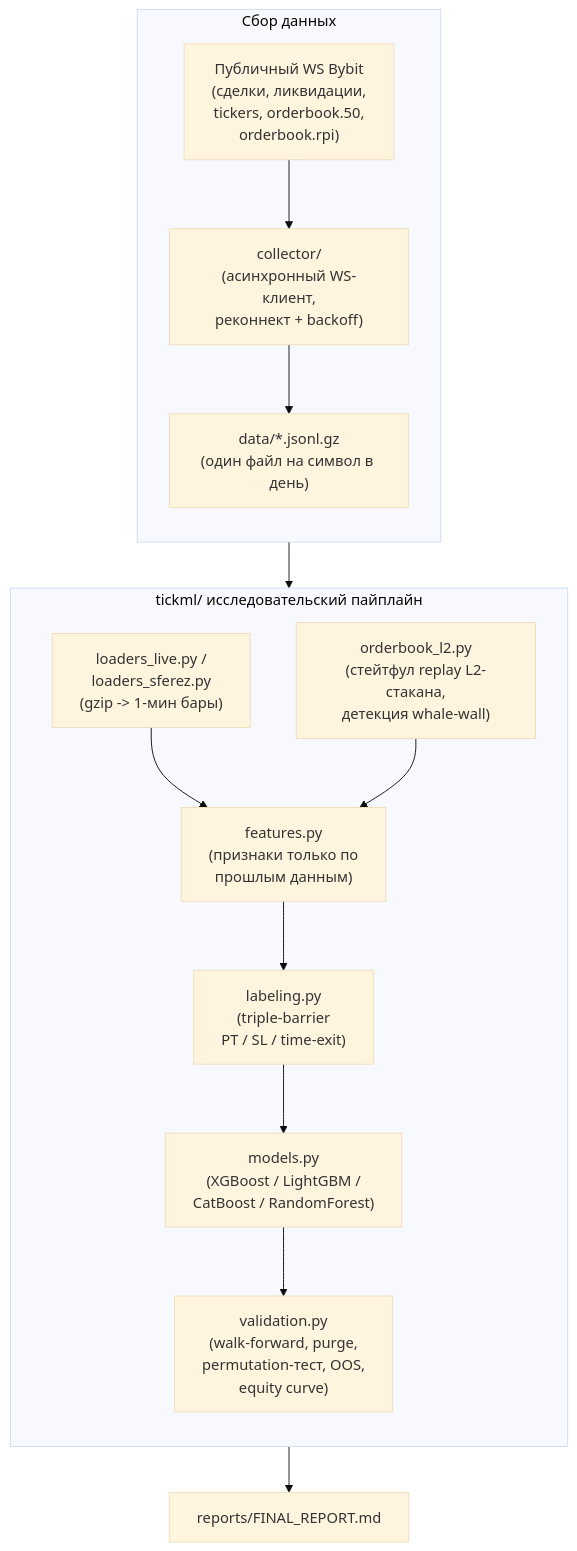
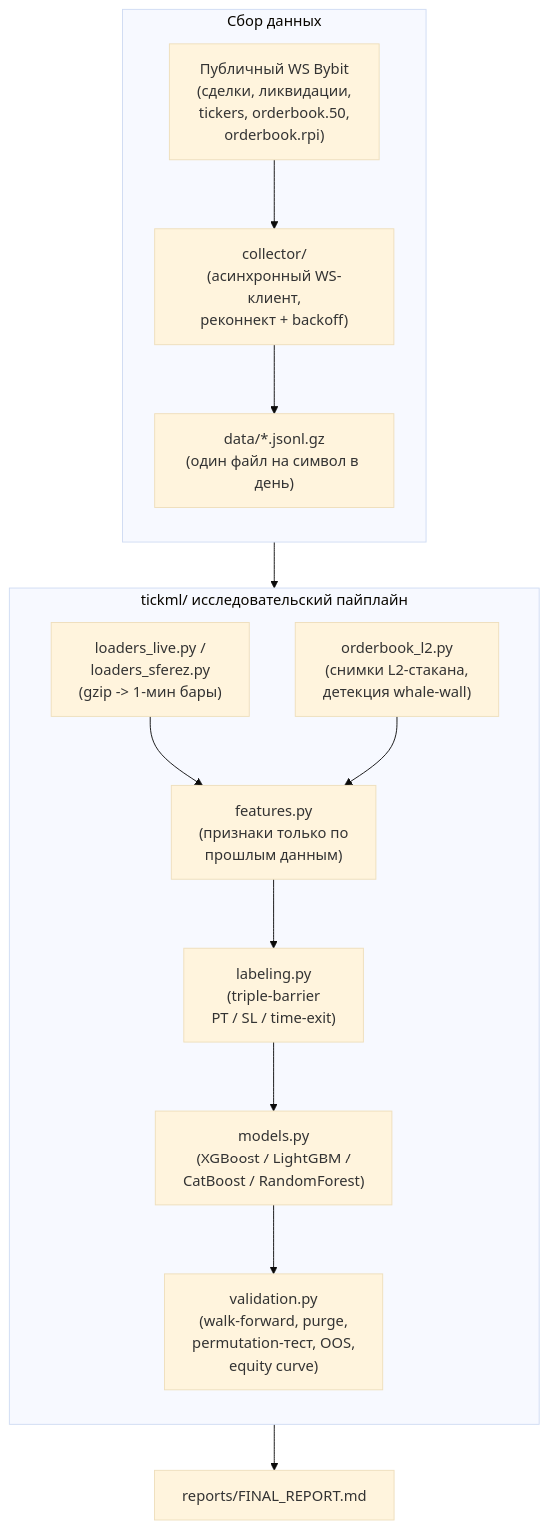
The first of 3 diagrams in README.ru.md (nadeko0/edge-or-noise), drawn with Mermaid (base theme) before and after one commit. The commit also changed other lines of this file and 11 other files, not shown here.

````diff
--- a/README.ru.md
+++ b/README.ru.md
@@ -149,26 +164,26 @@
 ```mermaid
 flowchart TD
     subgraph Collection["Сбор данных"]
         direction TB
         WS["Публичный WS Bybit<br/>(сделки, ликвидации,<br/>tickers, orderbook.50,<br/>orderbook.rpi)"]
         COL["collector/<br/>(асинхронный WS-клиент,<br/>реконнект + backoff)"]
         DISK["data/*.jsonl.gz<br/>(один файл на символ в день)"]
         WS --> COL --> DISK
     end
 
     subgraph Research["tickml/ исследовательский пайплайн"]
         direction TB
         LOAD["loaders_live.py /<br/>loaders_sferez.py<br/>(gzip -> 1-мин бары)"]
-        L2["orderbook_l2.py<br/>(стейтфул replay L2-стакана,<br/>детекция whale-wall)"]
+        L2["orderbook_l2.py<br/>(снимки L2-стакана,<br/>детекция whale-wall)"]
         FEAT["features.py<br/>(признаки только по<br/>прошлым данным)"]
         LABEL["labeling.py<br/>(triple-barrier<br/>PT / SL / time-exit)"]
         MODEL["models.py<br/>(XGBoost / LightGBM /<br/>CatBoost / RandomForest)"]
         VALID["validation.py<br/>(walk-forward, purge,<br/>permutation-тест, OOS,<br/>equity curve)"]
         LOAD --> FEAT
         L2 --> FEAT
         FEAT --> LABEL --> MODEL --> VALID
     end
 
     Collection --> Research
     VALID --> REPORT["reports/FINAL_REPORT.md"]
 ```
````
